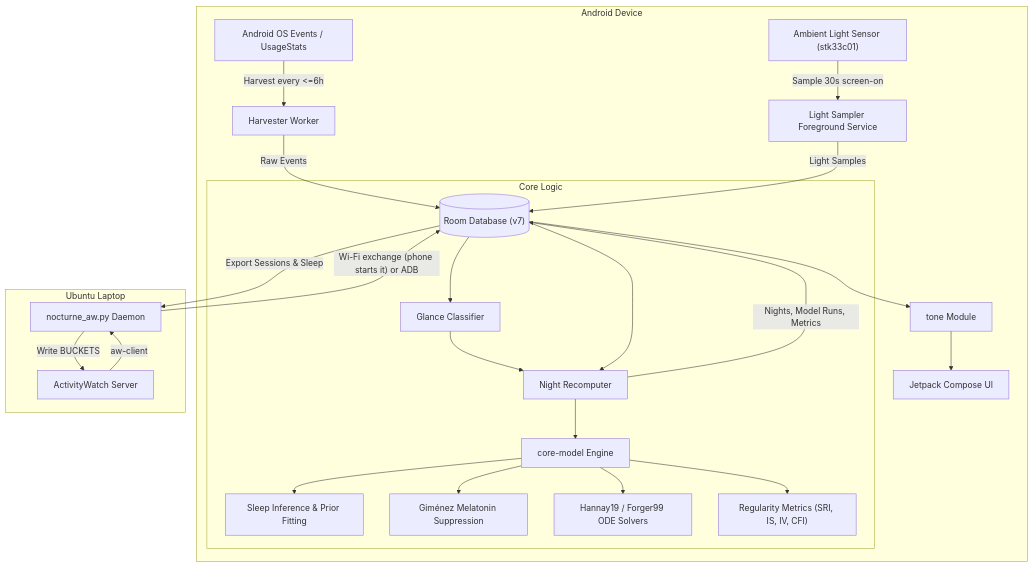
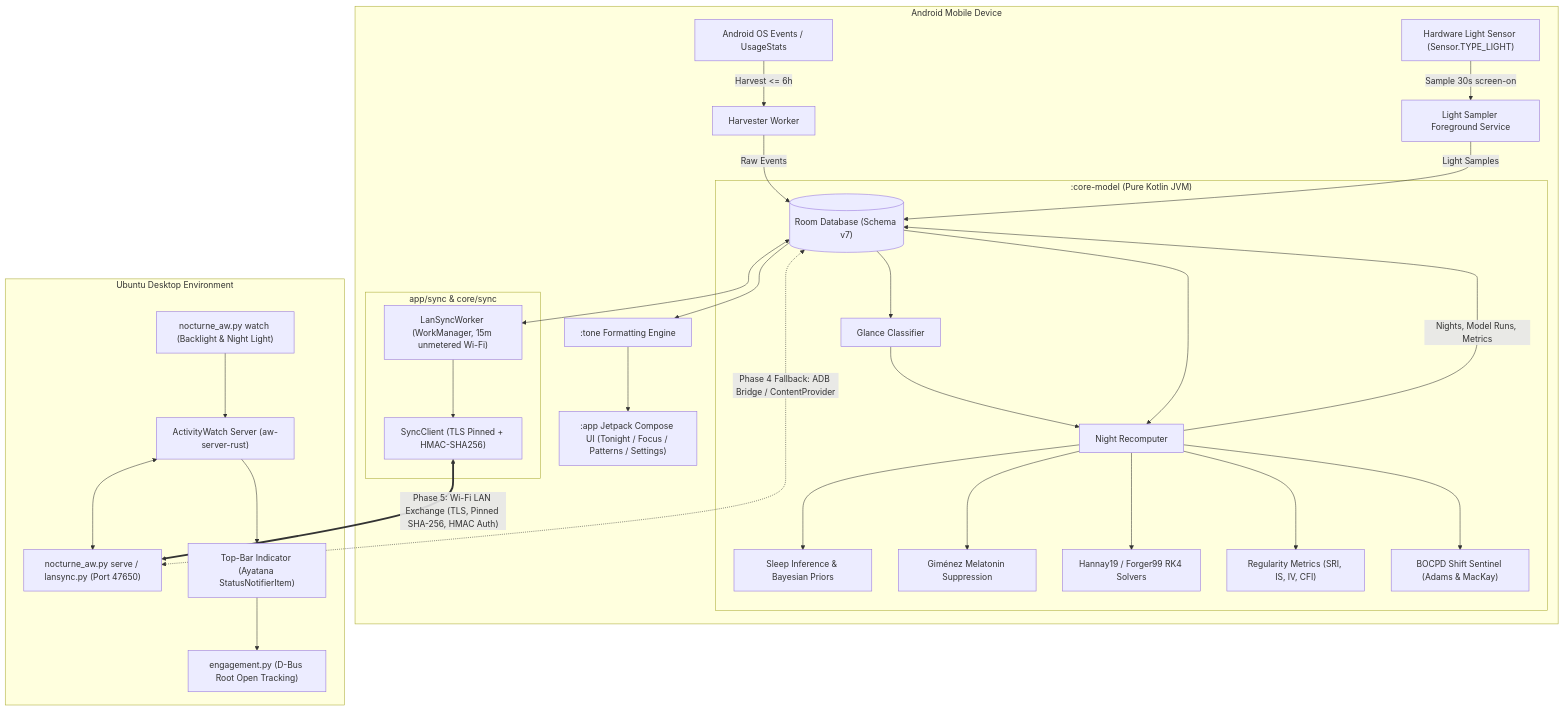
Before and after one commit to Anbu-00001/Nocturne: the first of 5 diagrams in README.md, drawn with Mermaid. The commit also changed other lines of this file and 1 other file, not shown here.

Commit message:
Update README with Phase 5 Wi-Fi LAN sync, BOCPD sentinel, and live test validation

````diff
--- a/README.md
+++ b/README.md
@@ -25,33 +47,46 @@
 ```mermaid
 graph TD
-    subgraph Android Device
-        OS["Android OS Events / UsageStats"] -->|Harvest every <=6h| HARVESTER["Harvester Worker"]
-        LIGHT_SENSOR["Ambient Light Sensor (stk33c01)"] -->|Sample 30s screen-on| LIGHT_SVC["Light Sampler Foreground Service"]
+    subgraph Android Device ["Android Mobile Device"]
+        OS["Android OS Events / UsageStats"] -->|Harvest <= 6h| HARVESTER["Harvester Worker"]
+        LIGHT_SENSOR["Hardware Light Sensor (Sensor.TYPE_LIGHT)"] -->|Sample 30s screen-on| LIGHT_SVC["Light Sampler Foreground Service"]
         
-        HARVESTER -->|Raw Events| ROOM_DB[("Room Database (v7)")]
+        HARVESTER -->|Raw Events| ROOM_DB[("Room Database (Schema v7)")]
         LIGHT_SVC -->|Light Samples| ROOM_DB
         
-        subgraph Core Logic
+        subgraph Core Engine [":core-model (Pure Kotlin JVM)"]
             ROOM_DB --> CLASSIFIER["Glance Classifier"]
             CLASSIFIER --> RECOMPUTER["Night Recomputer"]
             ROOM_DB --> RECOMPUTER
             
-            RECOMPUTER --> CORE_MODEL["core-model Engine"]
-            CORE_MODEL --> SLEEP_INF["Sleep Inference & Prior Fitting"]
-            CORE_MODEL --> GIME_MODEL["Giménez Melatonin Suppression"]
-            CORE_MODEL --> ODE_SOLVER["Hannay19 / Forger99 ODE Solvers"]
-            CORE_MODEL --> REG_METRICS["Regularity Metrics (SRI, IS, IV, CFI)"]
+            RECOMPUTER --> SLEEP_INF["Sleep Inference & Bayesian Priors"]
+            RECOMPUTER --> GIME_MODEL["Giménez Melatonin Suppression"]
+            RECOMPUTER --> ODE_SOLVER["Hannay19 / Forger99 RK4 Solvers"]
+            RECOMPUTER --> REG_METRICS["Regularity Metrics (SRI, IS, IV, CFI)"]
+            RECOMPUTER --> BOCPD_SENTINEL["BOCPD Shift Sentinel (Adams & MacKay)"]
         end
 
         RECOMPUTER -->|Nights, Model Runs, Metrics| ROOM_DB
-        ROOM_DB --> TONE_ENGINE["tone Module"]
-        TONE_ENGINE --> UI["Jetpack Compose UI"]
+        ROOM_DB --> TONE_ENGINE[":tone Formatting Engine"]
+        TONE_ENGINE --> UI[":app Jetpack Compose UI (Tonight / Focus / Patterns / Settings)"]
+
+        subgraph Android Sync Layer ["app/sync & core/sync"]
+            LAN_WORKER["LanSyncWorker (WorkManager, 15m unmetered Wi-Fi)"] --> SYNC_CLIENT["SyncClient (TLS Pinned + HMAC-SHA256)"]
+            ROOM_DB <--> LAN_WORKER
+        end
     end
 
-    subgraph Ubuntu Laptop
-        AW_SERVER["ActivityWatch Server"] -->|aw-client| AW_PYTHON["nocturne_aw.py Daemon"]
-        AW_PYTHON -->|"Wi-Fi exchange (phone starts it) or ADB"| ROOM_DB
-        ROOM_DB -->|Export Sessions & Sleep| AW_PYTHON
-        AW_PYTHON -->|Write BUCKETS| AW_SERVER
+    subgraph Linux Laptop ["Ubuntu Desktop Environment"]
+        AW_SERVER["ActivityWatch Server (aw-server-rust)"]
+        AW_WATCHER["nocturne_aw.py watch (Backlight & Night Light)"] --> AW_SERVER
+        
+        LAN_SERVER["nocturne_aw.py serve / lansync.py (Port 47650)"]
+        AW_SERVER <--> LAN_SERVER
+        
+        TOP_INDICATOR["Top-Bar Indicator (Ayatana StatusNotifierItem)"]
+        AW_SERVER --> TOP_INDICATOR
+        TOP_INDICATOR --> ENGAGE["engagement.py (D-Bus Root Open Tracking)"]
     end
+
+    SYNC_CLIENT <==>|"Phase 5: Wi-Fi LAN Exchange (TLS, Pinned SHA-256, HMAC Auth)"| LAN_SERVER
+    ROOM_DB <-.->|"Phase 4 Fallback: ADB Bridge / ContentProvider"| LAN_SERVER
 ```
````
